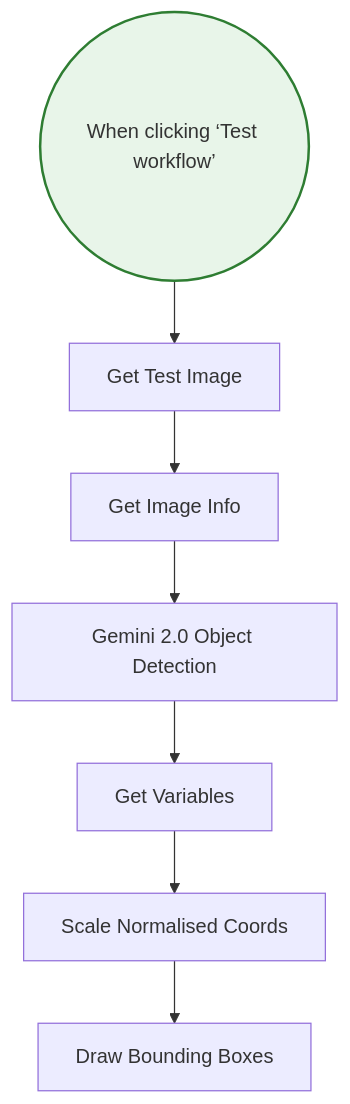
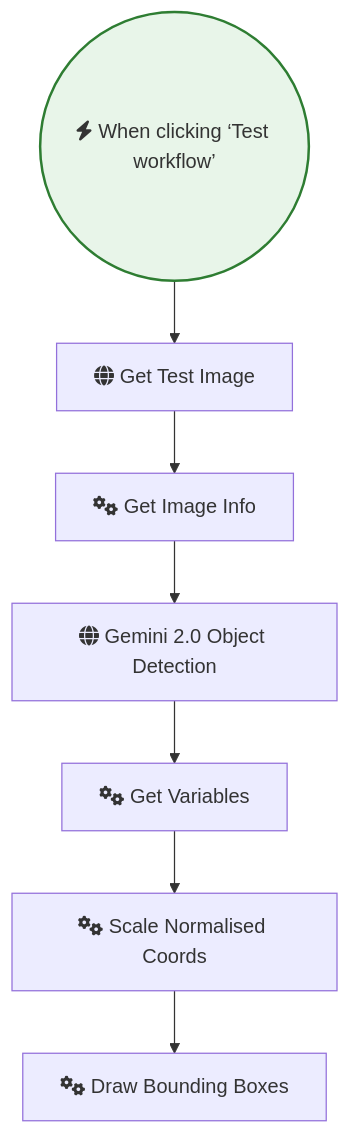
One commit to sreyash3105/N8N-DEMO-AUTOMATIONS changed the diagram in OpenAI_and_LLMs/Prompt-based Object Detection with Gemini 2 0.md. Above: the diagram before and after it, drawn with Mermaid. The commit also changed 291 other files, not shown here.

````diff
--- a/OpenAI_and_LLMs/Prompt-based Object Detection with Gemini 2 0.md
+++ b/OpenAI_and_LLMs/Prompt-based Object Detection with Gemini 2 0.md
@@ -1,21 +1,21 @@
 ```mermaid
 graph TD
     classDef trigger fill:#e8f5e9,stroke:#2e7d32,stroke-width:2px;
     classDef ai fill:#e3f2fd,stroke:#1565c0,stroke-width:2px;
     classDef logic fill:#fff3e0,stroke:#ef6c00,stroke-width:2px;
 
-    When_clicking__Test_workflow_(("When clicking ‘Test workflow’")):::trigger
-    Get_Variables["Get Variables"]
-    Get_Test_Image["Get Test Image"]
-    Gemini_2_0_Object_Detection["Gemini 2.0 Object Detection"]
-    Scale_Normalised_Coords["Scale Normalised Coords"]
-    Draw_Bounding_Boxes["Draw Bounding Boxes"]
-    Get_Image_Info["Get Image Info"]
+    When_clicking__Test_workflow_(("fas:fa-bolt When clicking ‘Test workflow’")):::trigger
+    Get_Variables["fas:fa-cogs Get Variables"]
+    Get_Test_Image["fas:fa-globe Get Test Image"]
+    Gemini_2_0_Object_Detection["fas:fa-globe Gemini 2.0 Object Detection"]
+    Scale_Normalised_Coords["fas:fa-cogs Scale Normalised Coords"]
+    Draw_Bounding_Boxes["fas:fa-cogs Draw Bounding Boxes"]
+    Get_Image_Info["fas:fa-cogs Get Image Info"]
 
     Get_Variables --> Scale_Normalised_Coords
     Get_Image_Info --> Gemini_2_0_Object_Detection
     Get_Test_Image --> Get_Image_Info
     Scale_Normalised_Coords --> Draw_Bounding_Boxes
     Gemini_2_0_Object_Detection --> Get_Variables
     When_clicking__Test_workflow_ --> Get_Test_Image
 ```
````
